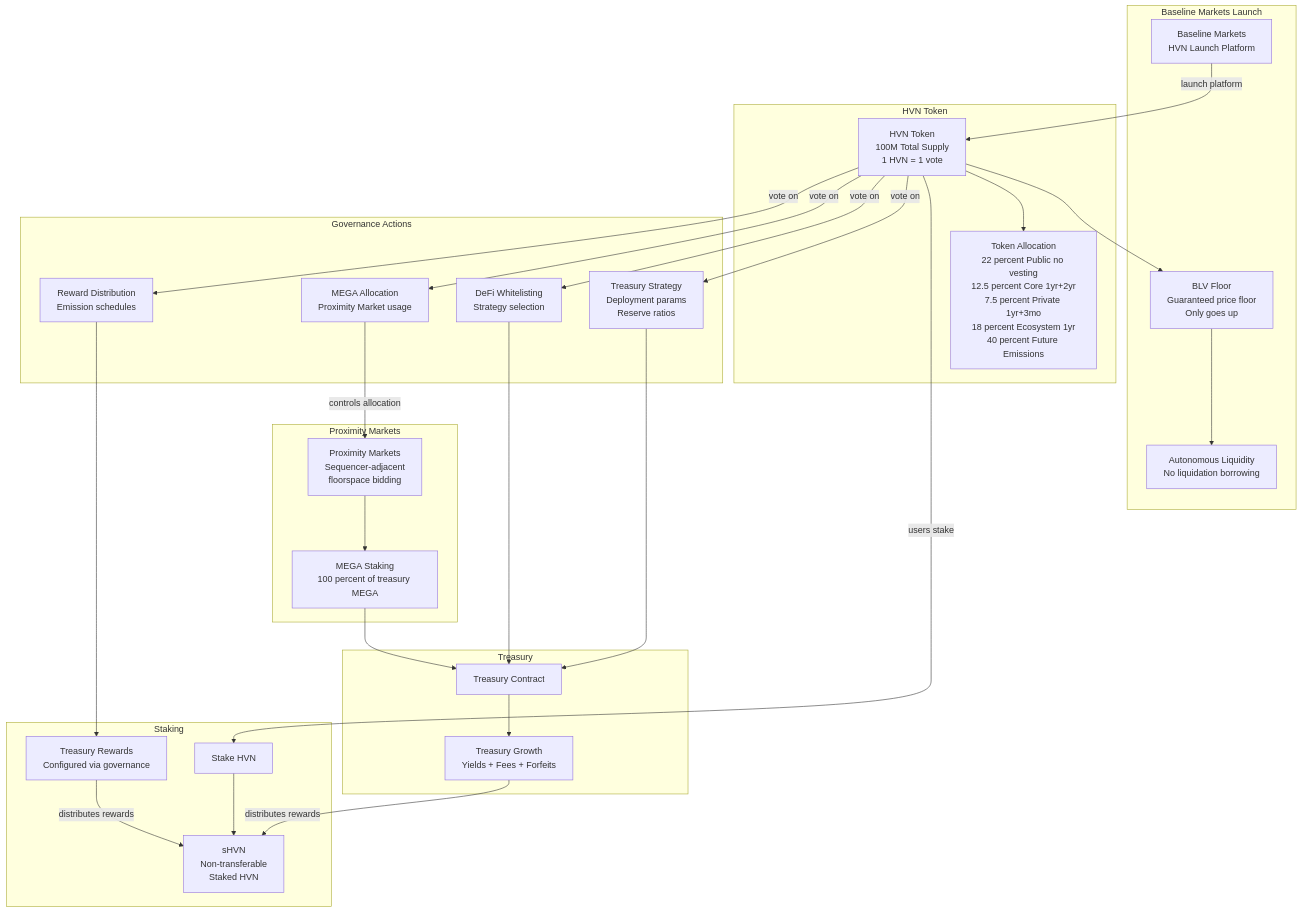
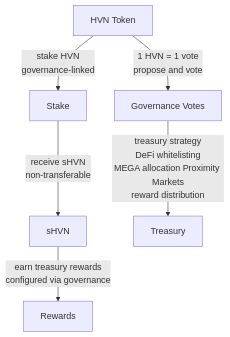
The ninth of 10 diagrams in blackhaven-architecture-diagrams.md (0xJaehaerys/ohmega), drawn with Mermaid before and after one commit. The commit also changed other lines of this file, not shown here.

Commit message:
Simplify all diagrams: small blocks with detailed arrows, split complex flows

````diff
--- a/blackhaven-architecture-diagrams.md
+++ b/blackhaven-architecture-diagrams.md
@@ -251,62 +210,17 @@
 ```mermaid
 graph TB
-    subgraph "Baseline Markets Launch"
-        BASELINE[Baseline Markets<br/>HVN Launch Platform]
-        BLV[BLV Floor<br/>Guaranteed price floor<br/>Only goes up]
-        LIQUIDITY[Autonomous Liquidity<br/>No liquidation borrowing]
-    end
+    HVN[HVN Token]
+    STAKE[Stake]
+    SHVN[sHVN]
     
-    subgraph "HVN Token"
-        HVN[HVN Token<br/>100M Total Supply<br/>1 HVN = 1 vote]
-        ALLOCATION[Token Allocation<br/>22 percent Public no vesting<br/>12.5 percent Core 1yr+2yr<br/>7.5 percent Private 1yr+3mo<br/>18 percent Ecosystem 1yr<br/>40 percent Future Emissions]
-    end
+    GOVERNANCE[Governance Votes]
+    TREASURY[Treasury]
+    REWARDS[Rewards]
     
-    subgraph "Staking"
-        STAKE[Stake HVN]
-        SHVN[sHVN<br/>Non-transferable<br/>Staked HVN]
-        REWARDS[Treasury Rewards<br/>Configured via governance]
-    end
+    HVN -->|stake HVN<br/>governance-linked| STAKE
+    STAKE -->|receive sHVN<br/>non-transferable| SHVN
+    SHVN -->|earn treasury rewards<br/>configured via governance| REWARDS
     
-    subgraph "Governance Actions"
-        TREASURY_GOV[Treasury Strategy<br/>Deployment params<br/>Reserve ratios]
-        DEFI_GOV[DeFi Whitelisting<br/>Strategy selection]
-        MEGA_GOV[MEGA Allocation<br/>Proximity Market usage]
-        REWARDS_GOV[Reward Distribution<br/>Emission schedules]
-    end
-    
-    subgraph "Proximity Markets"
-        PROXIMITY[Proximity Markets<br/>Sequencer-adjacent<br/>floorspace bidding]
-        MEGA_STAKING[MEGA Staking<br/>100 percent of treasury MEGA]
-    end
-    
-    subgraph "Treasury"
-        TREASURY[Treasury Contract]
-        GROWTH[Treasury Growth<br/>Yields + Fees + Forfeits]
-    end
-    
-    BASELINE -->|launch platform| HVN
-    HVN --> BLV
-    BLV --> LIQUIDITY
-    
-    HVN --> ALLOCATION
-    
-    HVN -->|users stake| STAKE
-    STAKE --> SHVN
-    
-    HVN -->|vote on| TREASURY_GOV
-    HVN -->|vote on| DEFI_GOV
-    HVN -->|vote on| MEGA_GOV
-    HVN -->|vote on| REWARDS_GOV
-    
-    TREASURY_GOV --> TREASURY
-    DEFI_GOV --> TREASURY
-    REWARDS_GOV --> REWARDS
-    
-    MEGA_GOV -->|controls allocation| PROXIMITY
-    PROXIMITY --> MEGA_STAKING
-    MEGA_STAKING --> TREASURY
-    
-    TREASURY --> GROWTH
-    GROWTH -->|distributes rewards| SHVN
-    REWARDS -->|distributes rewards| SHVN
+    HVN -->|1 HVN = 1 vote<br/>propose and vote| GOVERNANCE
+    GOVERNANCE -->|treasury strategy<br/>DeFi whitelisting<br/>MEGA allocation Proximity Markets<br/>reward distribution| TREASURY
 ```
````
